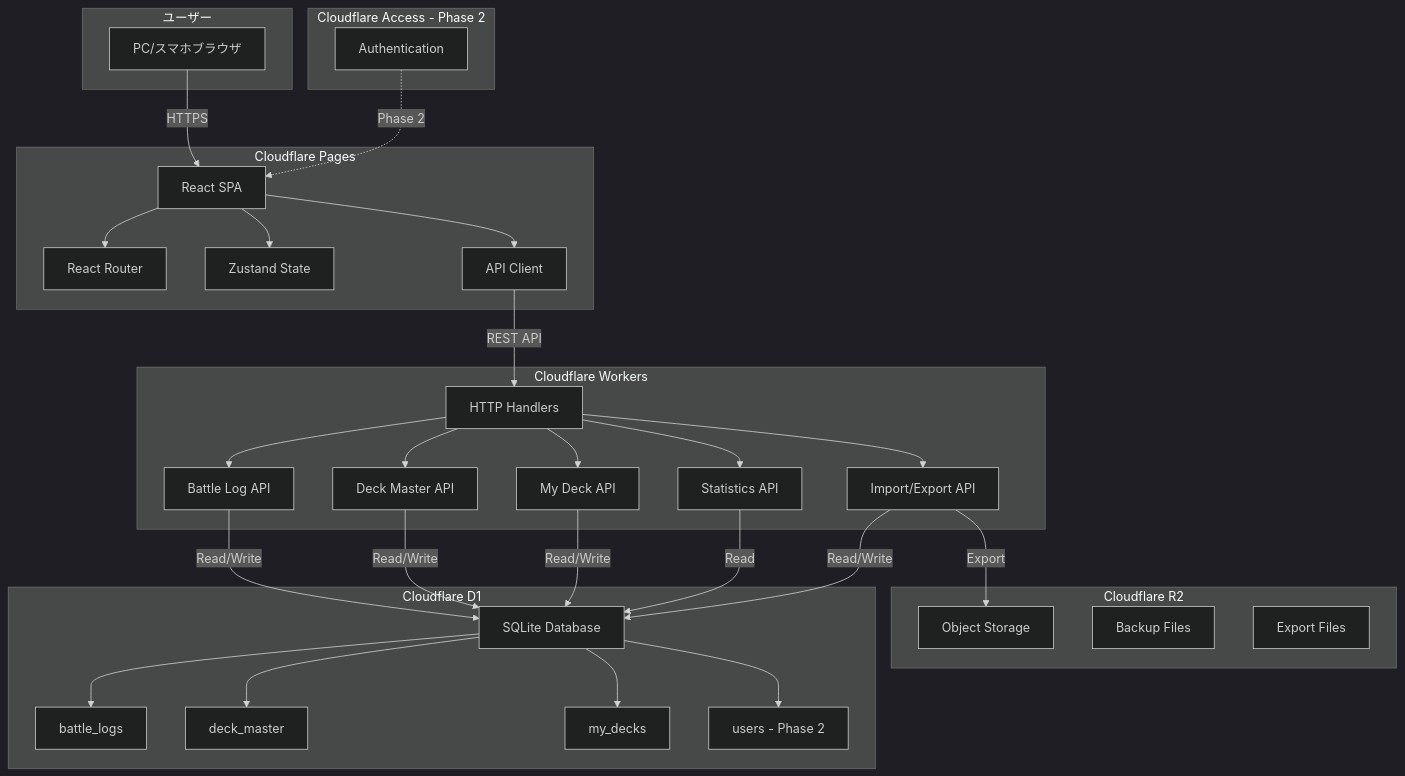
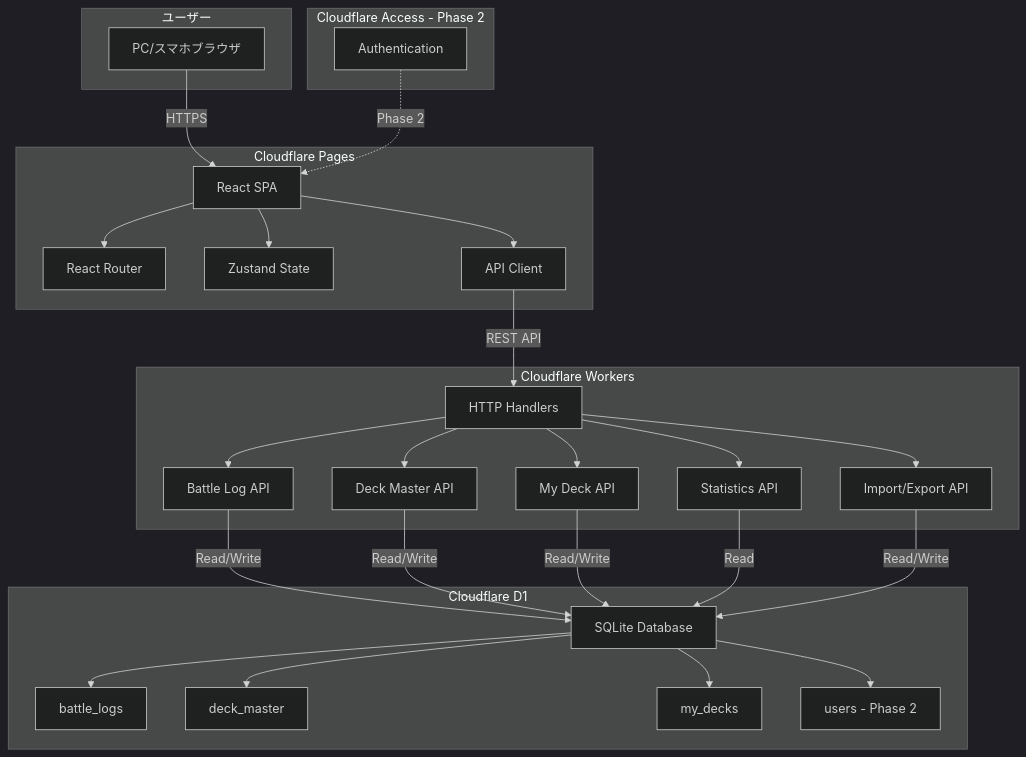
Before and after one commit to yaguma/shadowverse_log: the first of 4 diagrams in docs/design/shadowverse-battle-log/architecture-cloudflare.md, drawn with Mermaid (dark theme). The commit also changed other lines of this file and 4 other files, not shown here.

````diff
--- a/docs/design/shadowverse-battle-log/architecture-cloudflare.md
+++ b/docs/design/shadowverse-battle-log/architecture-cloudflare.md
@@ -26,62 +28,55 @@
 ```mermaid
 graph TD
     subgraph "ユーザー"
         A[PC/スマホブラウザ]
     end
 
     subgraph "Cloudflare Pages"
         B[React SPA]
         B1[React Router]
         B2[Zustand State]
         B3[API Client]
     end
 
     subgraph "Cloudflare Workers"
         C[HTTP Handlers]
         C1[Battle Log API]
         C2[Deck Master API]
         C3[My Deck API]
         C4[Statistics API]
         C5[Import/Export API]
     end
 
     subgraph "Cloudflare D1"
         D[SQLite Database]
         D1[battle_logs]
         D2[deck_master]
         D3[my_decks]
         D4[users - Phase 2]
     end
 
-    subgraph "Cloudflare R2"
-        E[Object Storage]
-        E1[Backup Files]
-        E2[Export Files]
-    end
-
     subgraph "Cloudflare Access - Phase 2"
         F[Authentication]
     end
 
     A -->|HTTPS| B
     B --> B1
     B --> B2
     B --> B3
     B3 -->|REST API| C
     C --> C1
     C --> C2
     C --> C3
     C --> C4
     C --> C5
     C1 -->|Read/Write| D
     C2 -->|Read/Write| D
     C3 -->|Read/Write| D
     C4 -->|Read| D
     C5 -->|Read/Write| D
-    C5 -->|Export| E
     D --> D1
     D --> D2
     D --> D3
     D --> D4
     F -.->|Phase 2| B
 ```
````
